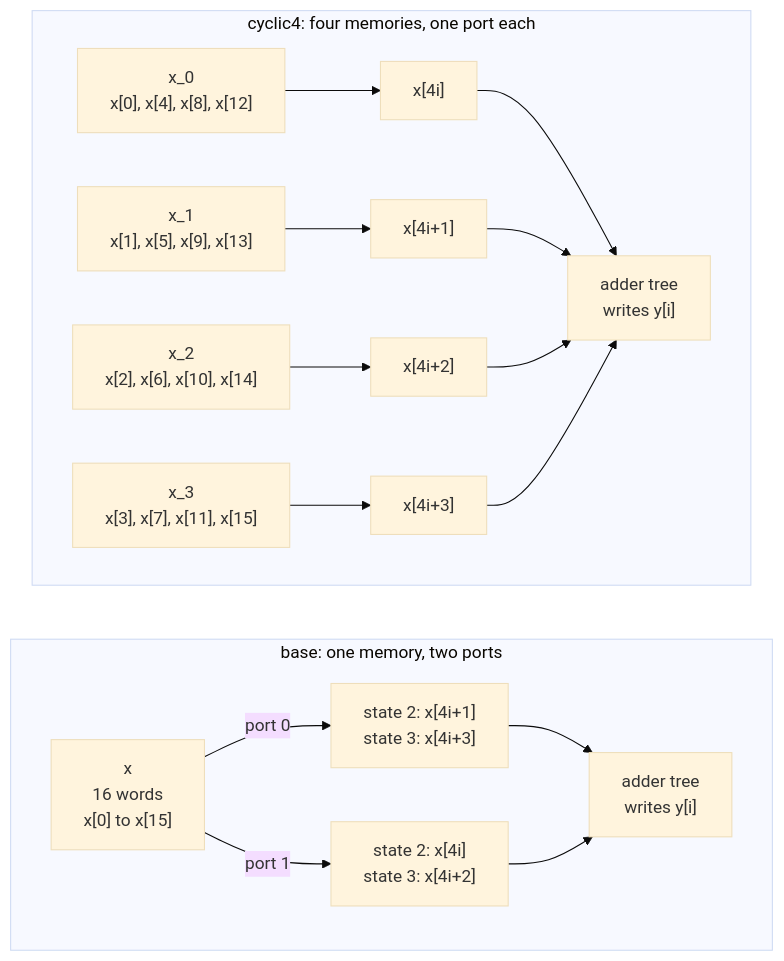
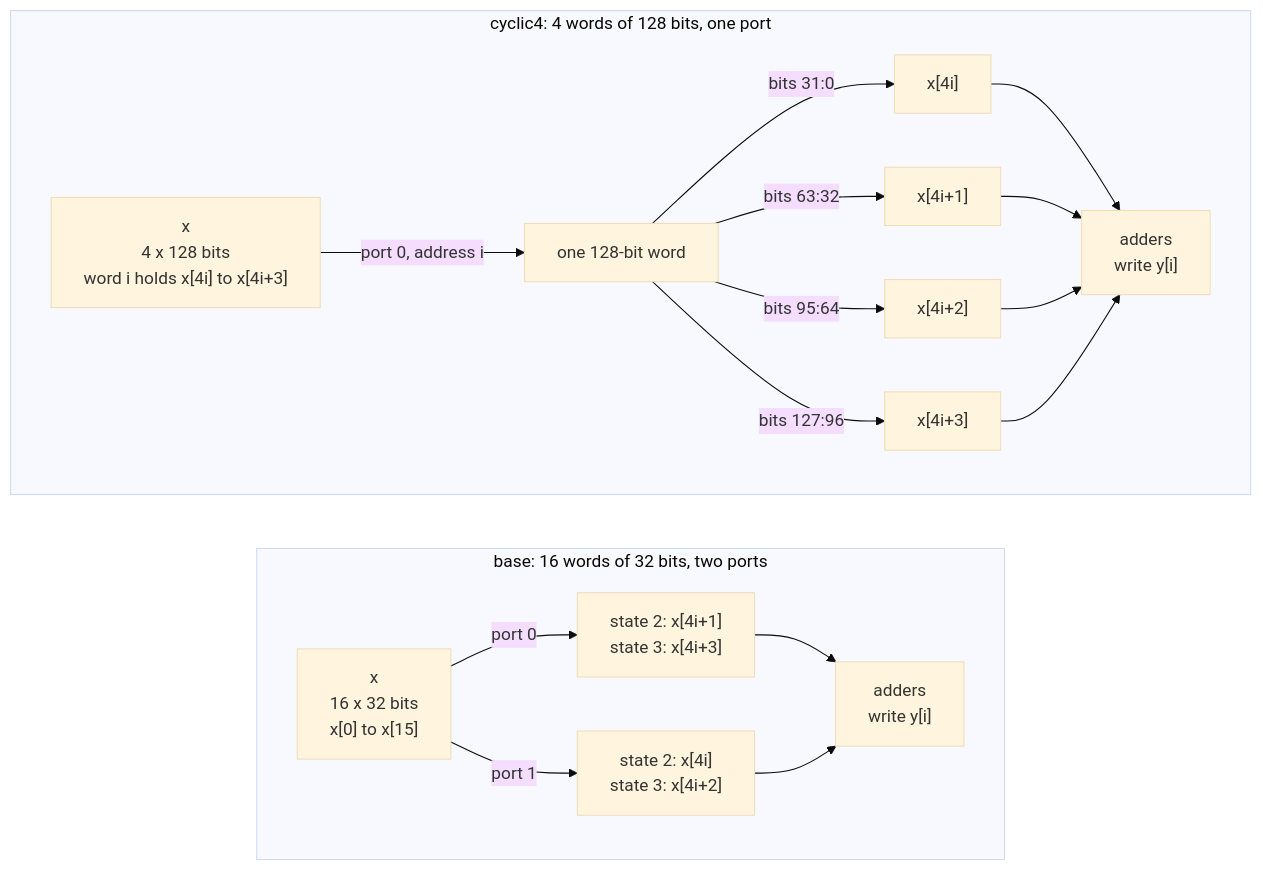
The diagram in s2_arrays/21_array_partition/README.md (rgantonio/hls-directives), drawn with Mermaid (base theme) before and after one commit. The commit also changed other lines of this file and 2 other files, not shown here.

````diff
--- a/s2_arrays/21_array_partition/README.md
+++ b/s2_arrays/21_array_partition/README.md
@@ -45,22 +51,24 @@
 ```mermaid
 flowchart LR
-    subgraph BASE["base: one memory, two ports"]
+    subgraph BASE["base: 16 words of 32 bits, two ports"]
         direction LR
-        M["x<br/>16 words<br/>x[0] to x[15]"]
+        M["x<br/>16 x 32 bits<br/>x[0] to x[15]"]
         M -- "port 0" --> P0["state 2: x[4i+1]<br/>state 3: x[4i+3]"]
         M -- "port 1" --> P1["state 2: x[4i]<br/>state 3: x[4i+2]"]
-        P0 --> T1["adder tree<br/>writes y[i]"]
+        P0 --> T1["adders<br/>write y[i]"]
         P1 --> T1
     end
-    subgraph CYC["cyclic4: four memories, one port each"]
+    subgraph RES["cyclic4: 4 words of 128 bits, one port"]
         direction LR
-        B0["x_0<br/>x[0], x[4], x[8], x[12]"] --> Q0["x[4i]"]
-        B1["x_1<br/>x[1], x[5], x[9], x[13]"] --> Q1["x[4i+1]"]
-        B2["x_2<br/>x[2], x[6], x[10], x[14]"] --> Q2["x[4i+2]"]
-        B3["x_3<br/>x[3], x[7], x[11], x[15]"] --> Q3["x[4i+3]"]
-        Q0 --> T2["adder tree<br/>writes y[i]"]
-        Q1 --> T2
-        Q2 --> T2
-        Q3 --> T2
+        W["x<br/>4 x 128 bits<br/>word i holds x[4i] to x[4i+3]"]
+        W -- "port 0, address i" --> Q["one 128-bit word"]
+        Q -- "bits 31:0" --> S0["x[4i]"]
+        Q -- "bits 63:32" --> S1["x[4i+1]"]
+        Q -- "bits 95:64" --> S2["x[4i+2]"]
+        Q -- "bits 127:96" --> S3["x[4i+3]"]
+        S0 --> T2["adders<br/>write y[i]"]
+        S1 --> T2
+        S2 --> T2
+        S3 --> T2
     end
 ```
````
